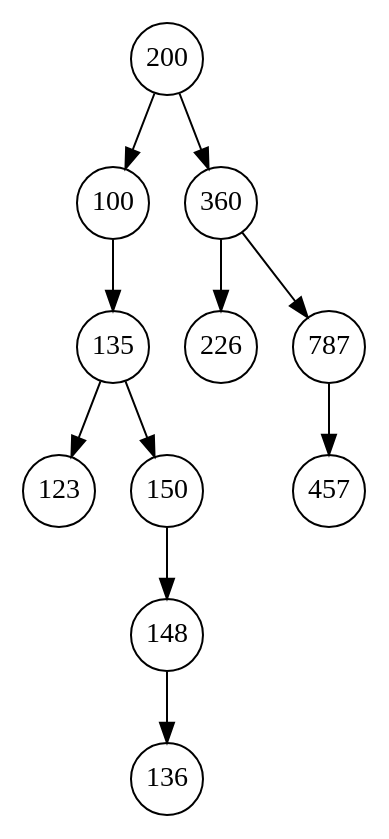
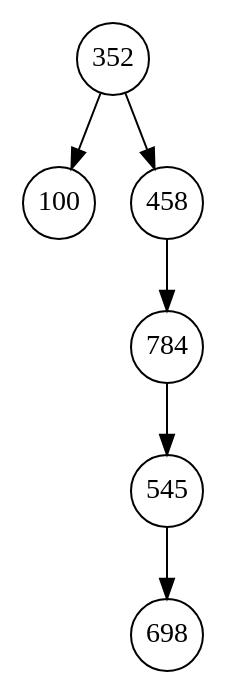
One commit to slevinsps/tisd changed the diagram in lab6/res.gv. Above: the diagram before and after it, drawn with Graphviz. The commit also changed 3 other files, not shown here.

```diff
--- a/lab6/res.gv
+++ b/lab6/res.gv
@@ -1,13 +1,8 @@
 digraph test_tree {
 node [shape="circle", style="filled", fillcolor="white", fontcolor="black", margin="0.01"];
-100 -> 135;
-135 -> 123;
-135 -> 150;
-148 -> 136;
-150 -> 148;
-200 -> 100;
-200 -> 360;
-360 -> 226;
-360 -> 787;
-787 -> 457;
+352 -> 100;
+352 -> 458;
+458 -> 784;
+545 -> 698;
+784 -> 545;
 }
```
